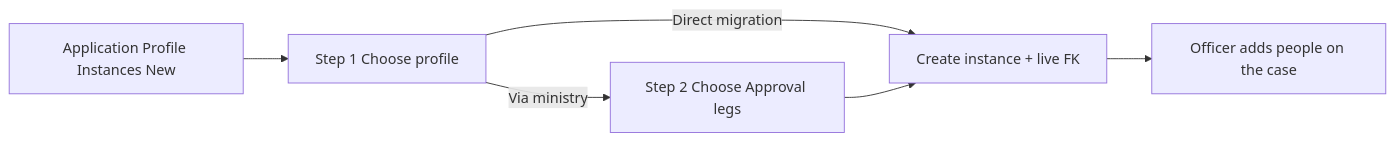
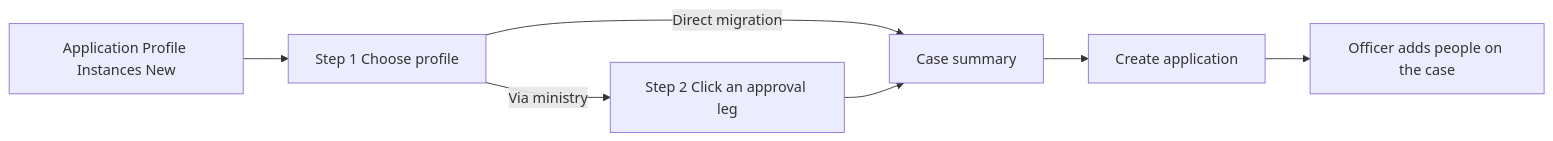
One commit to webapis/Visa2026 changed the second of 4 diagrams in docs/APPLICATION_PROFILE_PLAN.md. Above: the diagram before and after it, drawn with Mermaid. The commit also changed other lines of this file and 7 other files, not shown here.

Commit message:
Advance the create wizard when an approval leg is clicked and skip Choose Organization.

````diff
--- a/docs/APPLICATION_PROFILE_PLAN.md
+++ b/docs/APPLICATION_PROFILE_PLAN.md
@@ -281,9 +281,10 @@
 ```mermaid
 flowchart LR
   List[Application Profile Instances New]
   List --> Pick[Step 1 Choose profile]
-  Pick -->|Via ministry| Legs[Step 2 Choose Approval legs]
-  Pick -->|Direct migration| App[Create instance + live FK]
-  Legs --> App
+  Pick -->|Via ministry| Legs[Step 2 Click an approval leg]
+  Pick -->|Direct migration| Summary[Case summary]
+  Legs --> Summary
+  Summary --> App[Create application]
   App --> Case[Officer adds people on the case]
 ```
````
